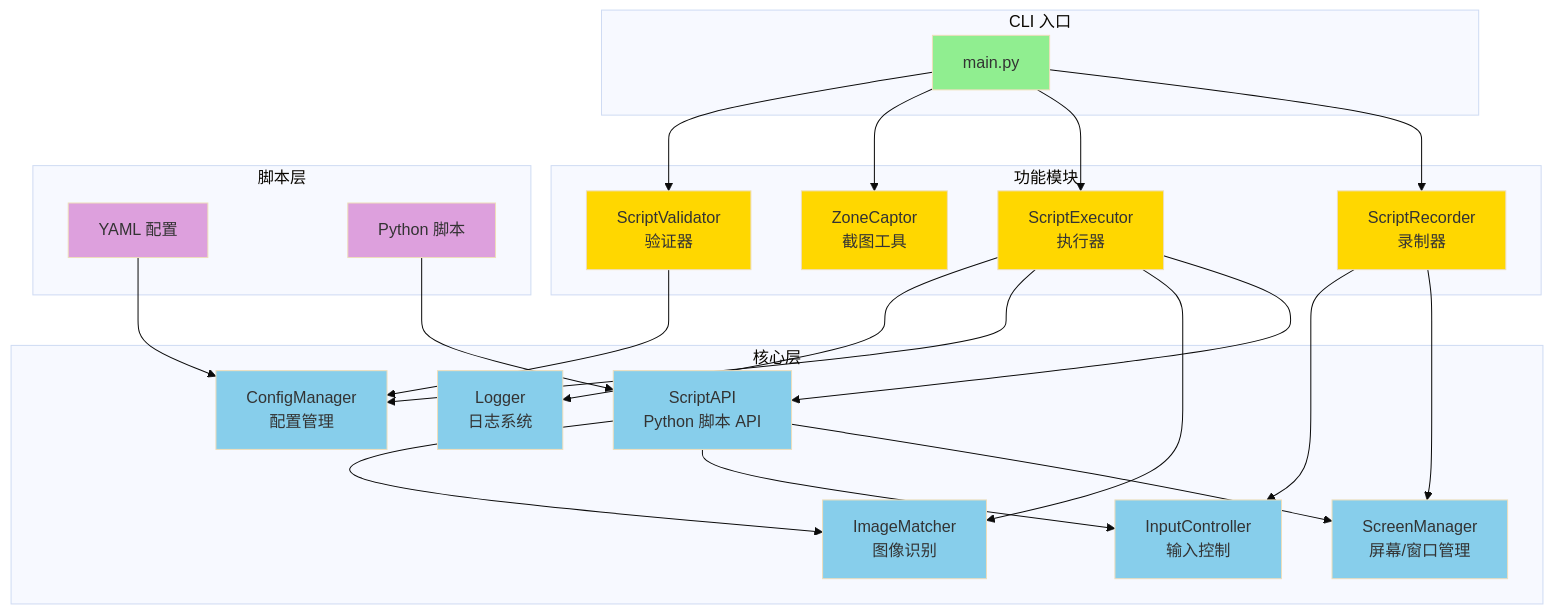
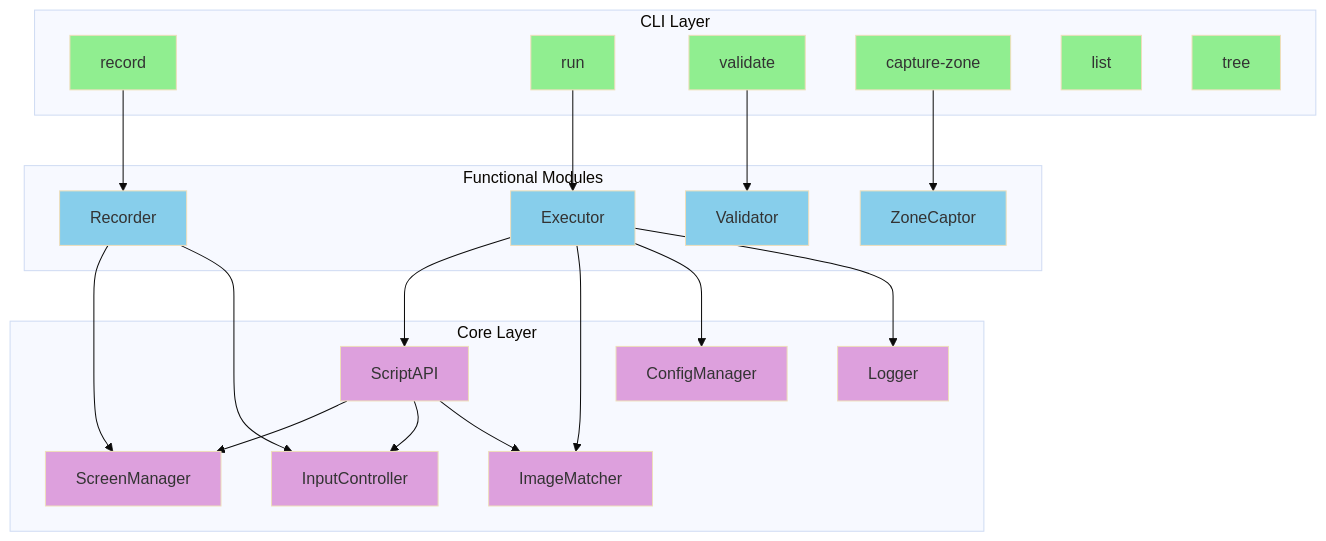
One commit to Ts-sound/GameMacroAutomation changed the first of 4 diagrams in docs/design/README.md. Above: the diagram before and after it, drawn with Mermaid (base theme). The commit also changed other lines of this file and 13 other files, not shown here.

````diff
--- a/docs/design/README.md
+++ b/docs/design/README.md
@@ -47,59 +10,50 @@
 ```mermaid
-graph TB
-    subgraph CLI["CLI 入口"]
-        main[main.py]
+graph TD
+    subgraph CLI["CLI Layer"]
+        CLI1[record]
+        CLI2[run]
+        CLI3[validate]
+        CLI4[capture-zone]
+        CLI5[list]
+        CLI6[tree]
     end
-    
-    subgraph Core["核心层"]
-        ScreenManager[ScreenManager<br/>屏幕/窗口管理]
-        InputController[InputController<br/>输入控制]
-        ImageMatcher[ImageMatcher<br/>图像识别]
-        ScriptAPI[ScriptAPI<br/>Python 脚本 API]
-        ConfigManager[ConfigManager<br/>配置管理]
-        Logger[Logger<br/>日志系统]
+
+    subgraph Module["Functional Modules"]
+        REC[Recorder]
+        EXE[Executor]
+        VAL[Validator]
+        ZC[ZoneCaptor]
     end
-    
-    subgraph Modules["功能模块"]
-        Recorder[ScriptRecorder<br/>录制器]
-        Executor[ScriptExecutor<br/>执行器]
-        ZoneCaptor[ZoneCaptor<br/>截图工具]
-        Validator[ScriptValidator<br/>验证器]
+
+    subgraph Core["Core Layer"]
+        SM[ScreenManager]
+        IC[InputController]
+        IM[ImageMatcher]
+        CM[ConfigManager]
+        LOG[Logger]
+        SA[ScriptAPI]
     end
-    
-    subgraph Scripts["脚本层"]
-        YAML[YAML 配置]
-        Python[Python 脚本]
-    end
-    
-    main --> Recorder
-    main --> Executor
-    main --> ZoneCaptor
-    main --> Validator
-    
-    Recorder --> ScreenManager
-    Recorder --> InputController
-    
-    Executor --> ScriptAPI
-    Executor --> ImageMatcher
-    Executor --> ConfigManager
-    Executor --> Logger
-    
-    ScriptAPI --> ScreenManager
-    ScriptAPI --> InputController
-    ScriptAPI --> ImageMatcher
-    
-    Validator --> ConfigManager
-    
-    YAML --> ConfigManager
-    Python --> ScriptAPI
 
-    classDef entry fill:#90EE90;
-    classDef core fill:#87CEEB;
-    classDef module fill:#FFD700;
-    classDef script fill:#DDA0DD;
-    
-    class main entry;
-    class ScreenManager,InputController,ImageMatcher,ScriptAPI,ConfigManager,Logger core;
-    class Recorder,Executor,ZoneCaptor,Validator module;
-    class YAML,Python script;
+    CLI1 --> REC
+    CLI2 --> EXE
+    CLI3 --> VAL
+    CLI4 --> ZC
+
+    REC --> SM
+    REC --> IC
+    EXE --> SA
+    EXE --> IM
+    EXE --> CM
+    EXE --> LOG
+
+    SA --> SM
+    SA --> IC
+    SA --> IM
+
+    classDef cli fill:#90EE90
+    classDef module fill:#87CEEB
+    classDef core fill:#DDA0DD
+    class CLI1,CLI2,CLI3,CLI4,CLI5,CLI6 cli
+    class REC,EXE,VAL,ZC module
+    class SM,IC,IM,CM,LOG,SA core
 ```
````
